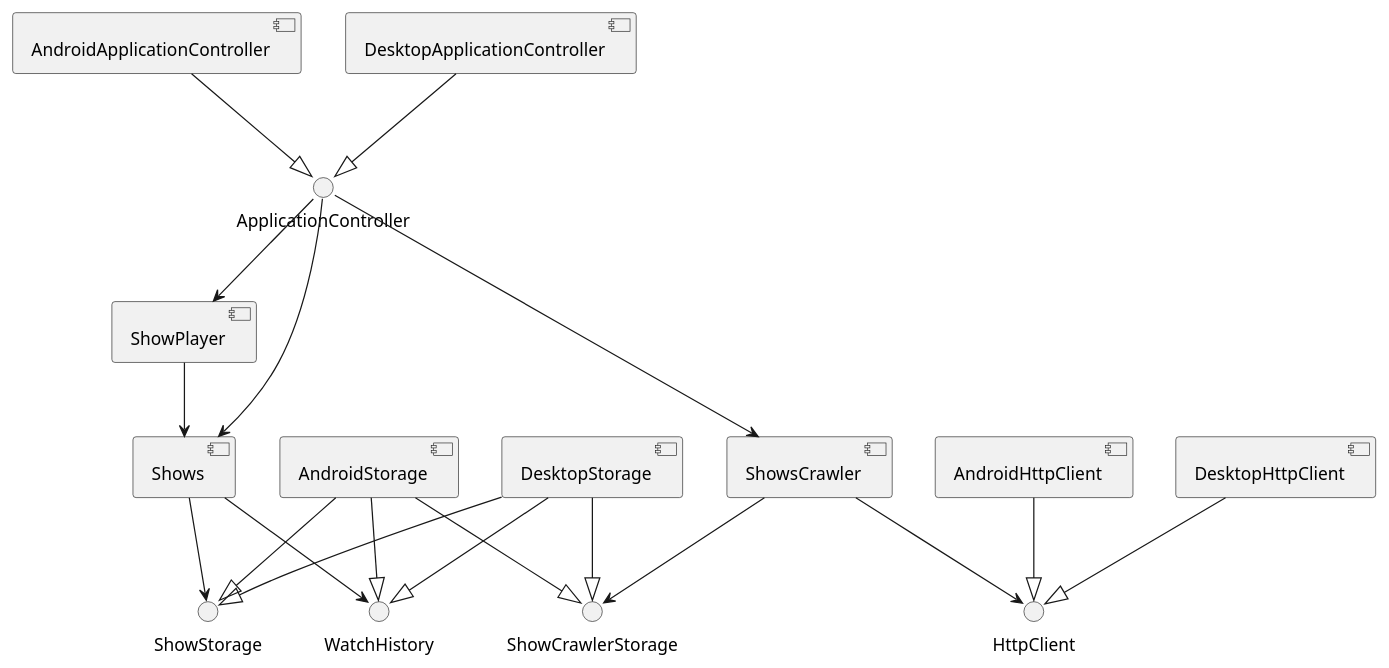
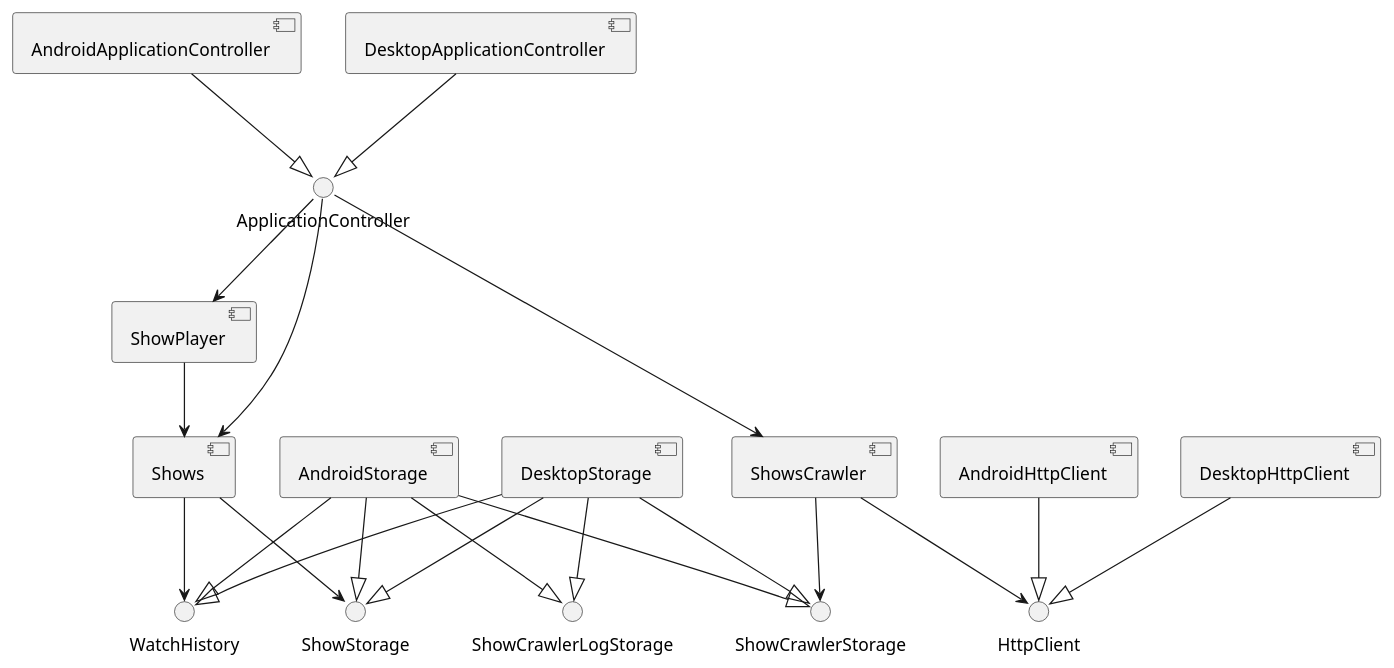
Before and after one commit to gorolykmaxim/Serio: the diagram in java-modules.puml, drawn with PlantUML. The commit also changed 3 other files, not shown here.

Commit message:
core: implement ShowCrawlerLogStorage module

```diff
--- a/java-modules.puml
+++ b/java-modules.puml
@@ -1,25 +1,28 @@
 @startuml
 interface ShowStorage
 interface WatchHistory
 interface ShowCrawlerStorage
+interface ShowCrawlerLogStorage
 interface HttpClient
 interface ApplicationController
 [AndroidStorage] --|> WatchHistory
 [AndroidStorage] --|> ShowStorage
 [AndroidStorage] --|> ShowCrawlerStorage
+[AndroidStorage] --|> ShowCrawlerLogStorage
 [DesktopStorage] --|> WatchHistory
 [DesktopStorage] --|> ShowStorage
 [DesktopStorage] --|> ShowCrawlerStorage
+[DesktopStorage] --|> ShowCrawlerLogStorage
 [AndroidHttpClient] --|> HttpClient
 [DesktopHttpClient] --|> HttpClient
 [AndroidApplicationController] --|> ApplicationController
 [DesktopApplicationController] --|> ApplicationController
 [Shows] --> WatchHistory
 [Shows] --> ShowStorage
 [ShowsCrawler] --> ShowCrawlerStorage
 [ShowsCrawler] --> HttpClient
 [ShowPlayer] --> [Shows]
 ApplicationController --> [Shows]
 ApplicationController --> [ShowPlayer]
 ApplicationController --> [ShowsCrawler]
 @enduml
```
